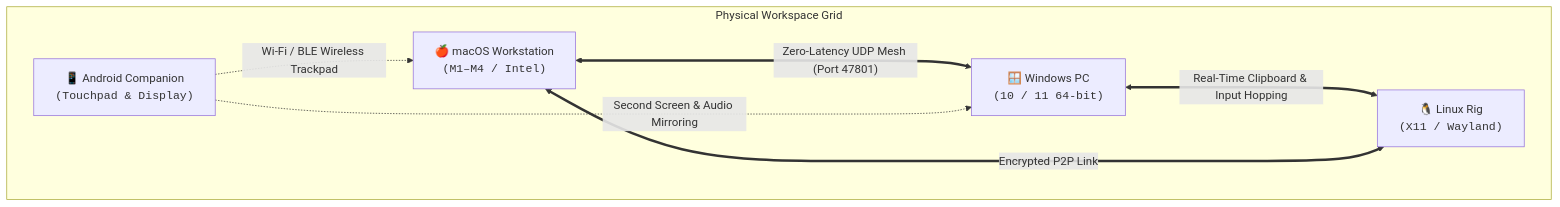
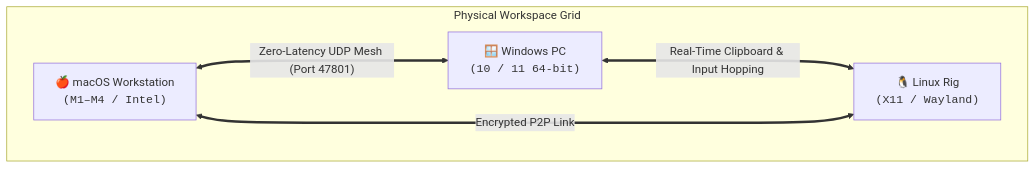
The diagram in README.md (glidedesk/GlideDesk), drawn with Mermaid before and after one commit. The commit also changed other lines of this file and 2 other files, not shown here.

Commit message:
docs(compat): de-scope android companion, reconcile release links to v3.0.0, and bump lockfile

````diff
--- a/README.md
+++ b/README.md
@@ -57,16 +57,13 @@
 ```mermaid
 flowchart LR
     subgraph Desk["Physical Workspace Grid"]
         direction LR
         Mac["🍎 macOS Workstation<br/><code>(M1–M4 / Intel)</code>"]
         Win["🪟 Windows PC<br/><code>(10 / 11 64-bit)</code>"]
         Linux["🐧 Linux Rig<br/><code>(X11 / Wayland)</code>"]
-        Phone["📱 Android Companion<br/><code>(Touchpad & Display)</code>"]
     end
 
     Mac <===>|"Zero-Latency UDP Mesh (Port 47801)"| Win
     Win <===>|"Real-Time Clipboard & Input Hopping"| Linux
     Mac <===>|"Encrypted P2P Link"| Linux
-    Phone -.->|"Wi-Fi / BLE Wireless Trackpad"| Mac
-    Phone -.->|"Second Screen & Audio Mirroring"| Win
 ```
````
